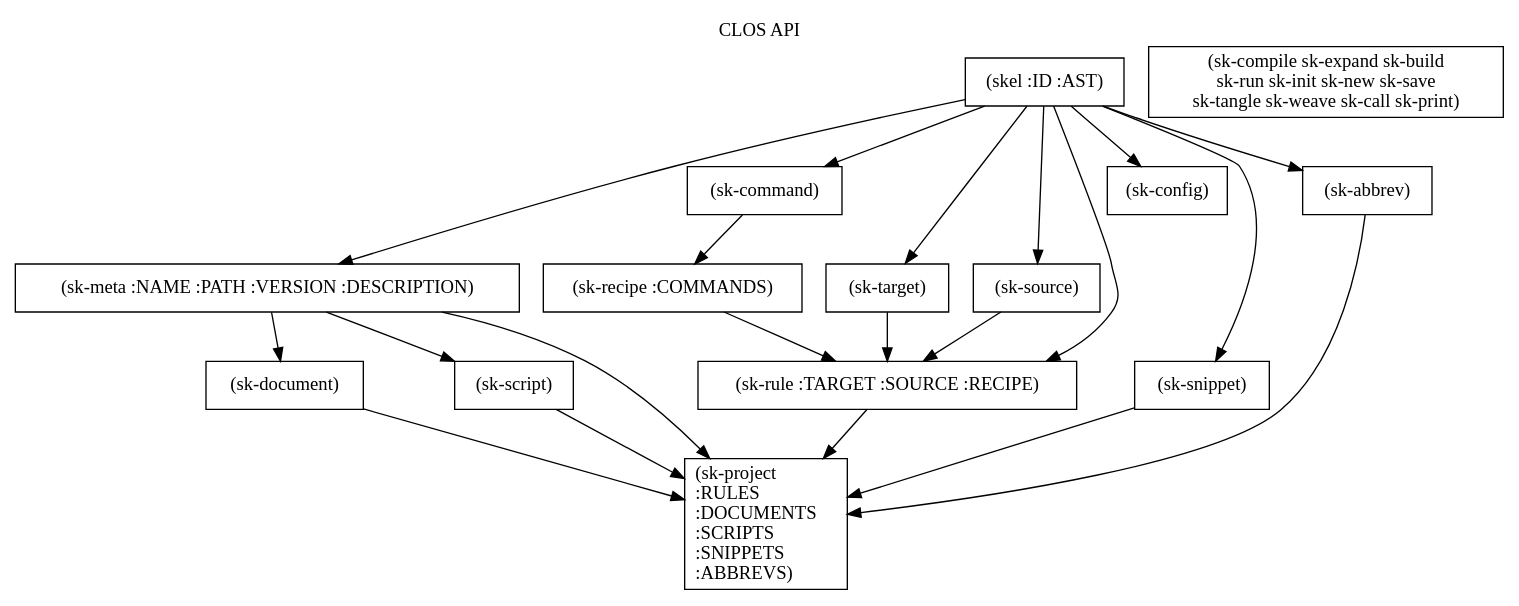
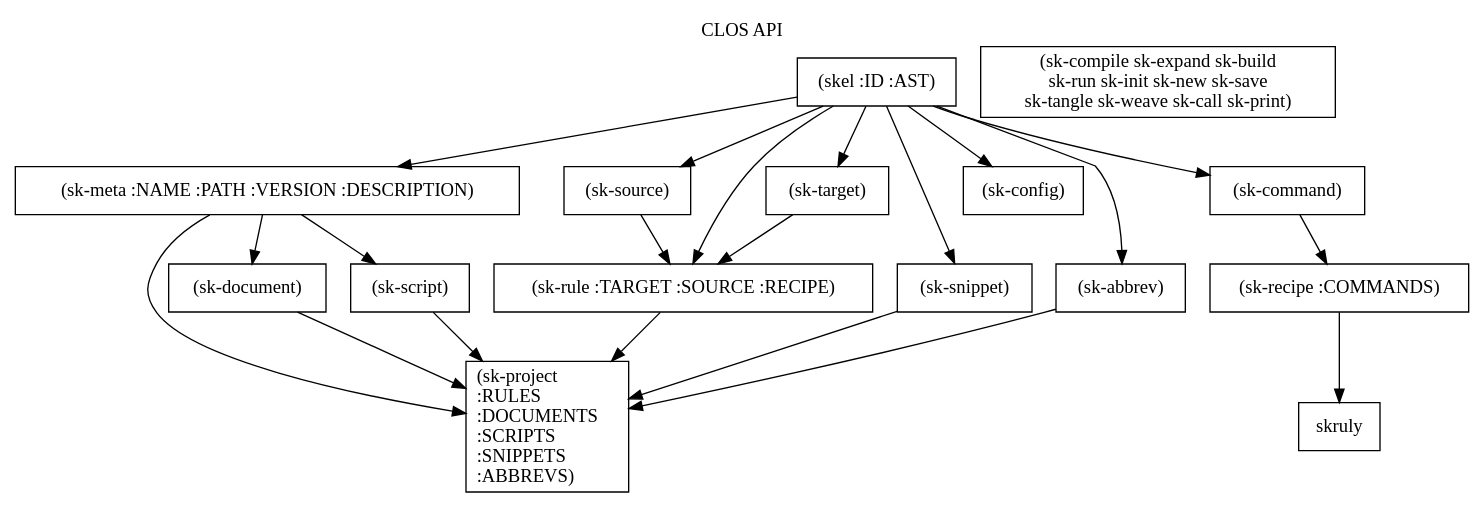
The diagram in readme.org (richardwesthaver/skel), drawn with Graphviz before and after one commit. The commit also changed other lines of this file and 1 other file, not shown here.

```diff
--- a/readme.org
+++ b/readme.org
@@ -93,38 +93,38 @@
 #+begin_src dot :file api.svg :exports results
   digraph { splines=true; label="CLOS API"; labelloc="t"; node [shape=record];
     sk [label="(skel :ID :AST)"]
     methods [label="(sk-compile sk-expand sk-build\nsk-run sk-init sk-new sk-save\nsk-tangle sk-weave sk-call sk-print)"]
     skmet [label="(sk-meta :NAME :PATH :VERSION :DESCRIPTION)"]
     skcmd [label="(sk-command)"]
     sktar [label="(sk-target)"]
     sksrc [label="(sk-source)"]
     skrec [label="(sk-recipe :COMMANDS)"]
     skrul [label="(sk-rule :TARGET :SOURCE :RECIPE)"]
     skdoc [label="(sk-document)"]
     skscr [label="(sk-script)"]
     skcfg [label="(sk-config)"]
     sksni [label="(sk-snippet)"]    
     skabb [label="(sk-abbrev)"]
     skpro [label="(sk-project\l:RULES\l:DOCUMENTS\l:SCRIPTS\l:SNIPPETS\l:ABBREVS)\l"]
     sk -> skmet
     sk -> skcfg
     sk -> sksni
     sk -> skabb
     sk -> sktar
     sk -> skrul
     sk -> sksrc
     sk -> skcmd
     skmet -> skpro
     skmet -> skdoc    
     skmet -> skscr    
     skrul -> skpro
     skscr -> skpro
     skdoc -> skpro
     sksni -> skpro
     skabb -> skpro
     sktar -> skrul
     sksrc -> skrul
-    skrec -> skrul
+    skrec -> skruly
     skcmd -> skrec
   }
 #+end_src
```
